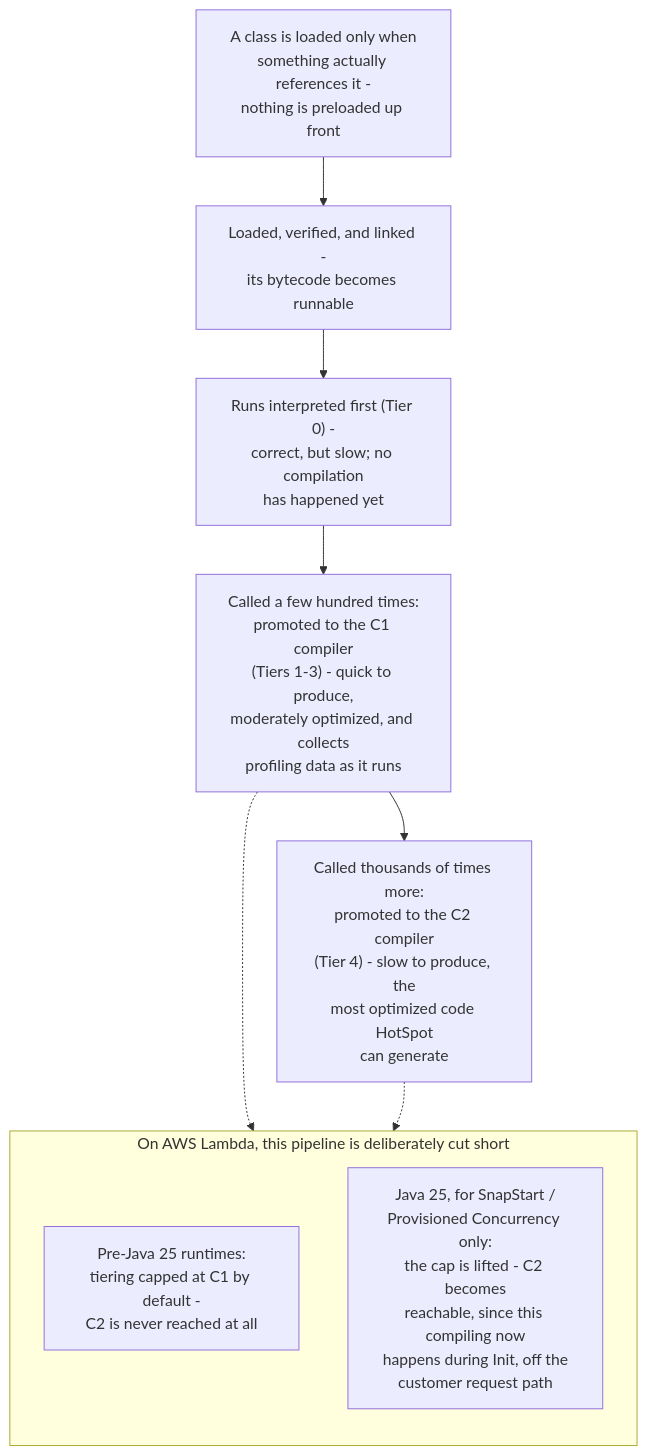
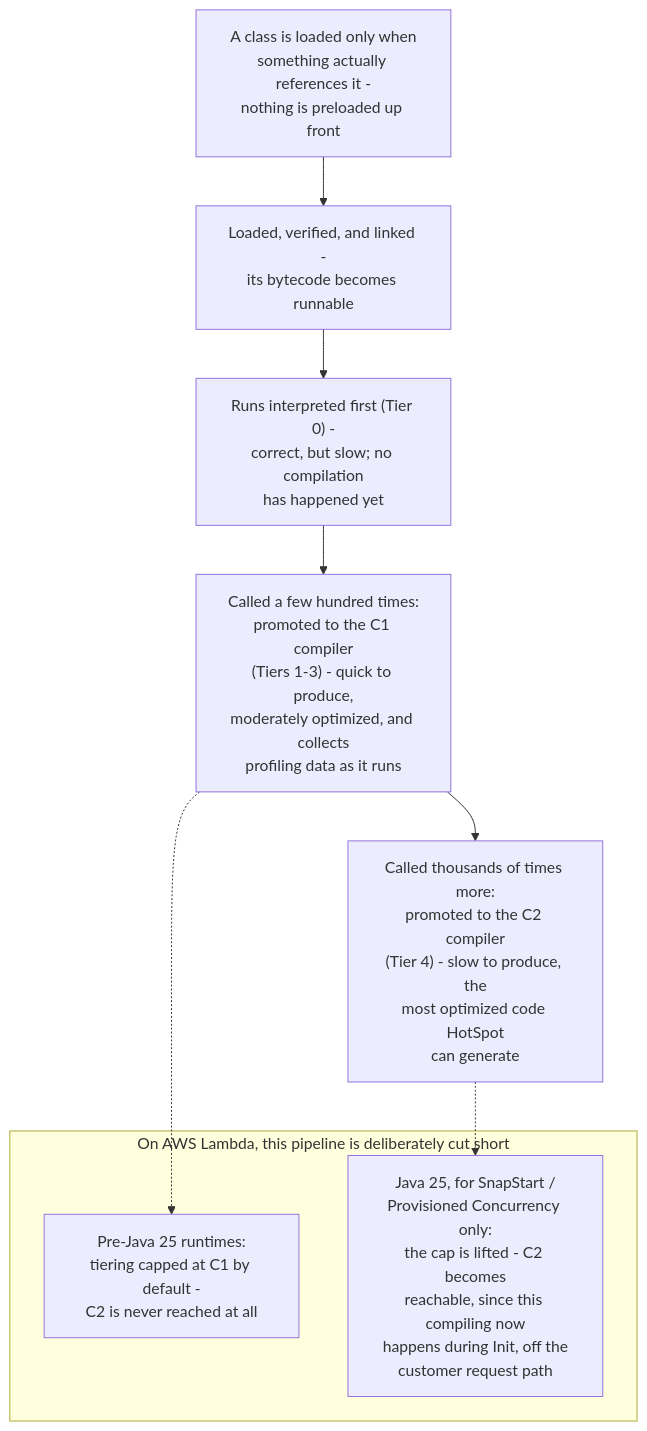
The first of 2 diagrams in impl/java-lambda-cold-start-mitigation.md (geoffweatherall/mootmaker-api), drawn with Mermaid before and after one commit. The commit also changed other lines of this file and 1 other file, not shown here.

````diff
--- a/impl/java-lambda-cold-start-mitigation.md
+++ b/impl/java-lambda-cold-start-mitigation.md
@@ -47,19 +47,18 @@
 ```mermaid
 flowchart TB
     A["A class is loaded only when\nsomething actually references it -\nnothing is preloaded up front"]
     B["Loaded, verified, and linked -\nits bytecode becomes runnable"]
     C["Runs interpreted first (Tier 0) -\ncorrect, but slow; no compilation\nhas happened yet"]
     D["Called a few hundred times:\npromoted to the C1 compiler\n(Tiers 1-3) - quick to produce,\nmoderately optimized, and collects\nprofiling data as it runs"]
     E["Called thousands of times more:\npromoted to the C2 compiler\n(Tier 4) - slow to produce, the\nmost optimized code HotSpot\ncan generate"]
 
     A --> B --> C --> D --> E
 
     subgraph LAMBDA["On AWS Lambda, this pipeline is deliberately cut short"]
-        direction TB
         P["Pre-Java 25 runtimes:\ntiering capped at C1 by default -\nC2 is never reached at all"]
         Q["Java 25, for SnapStart /\nProvisioned Concurrency only:\nthe cap is lifted - C2 becomes\nreachable, since this compiling now\nhappens during Init, off the\ncustomer request path"]
     end
 
     D -.-> P
     E -.-> Q
 ```
````
